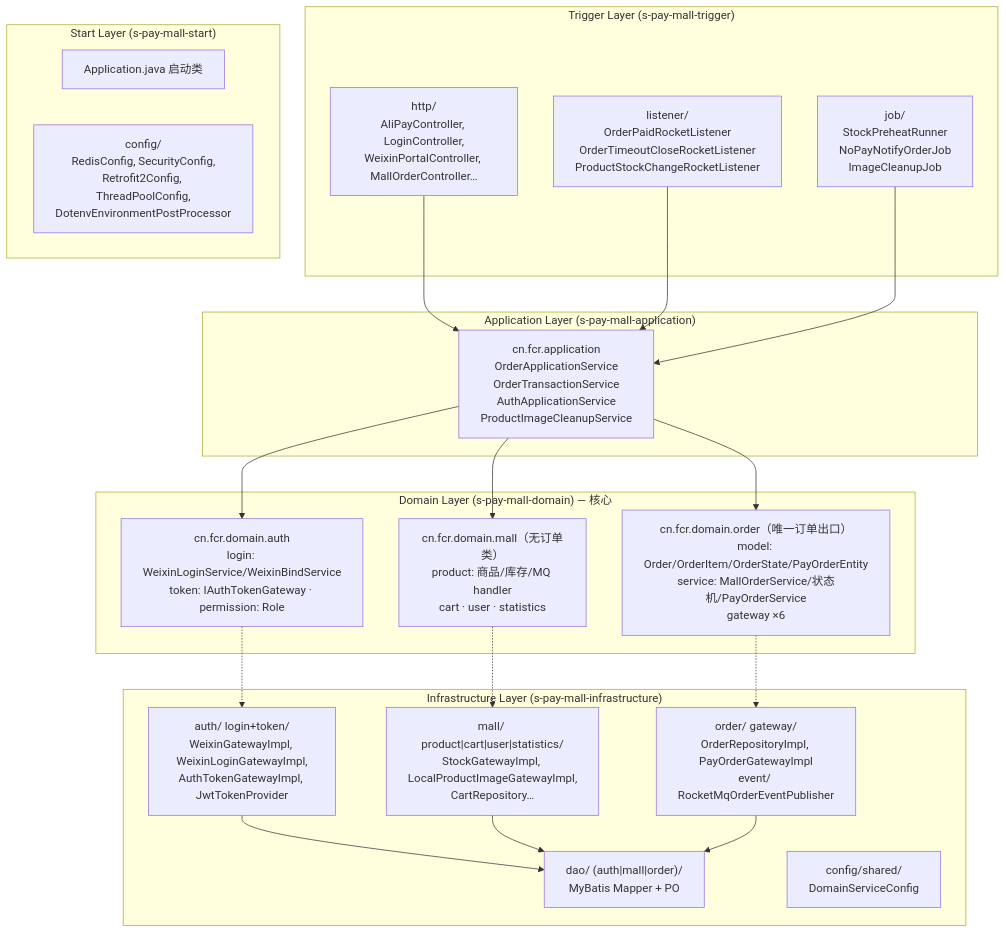
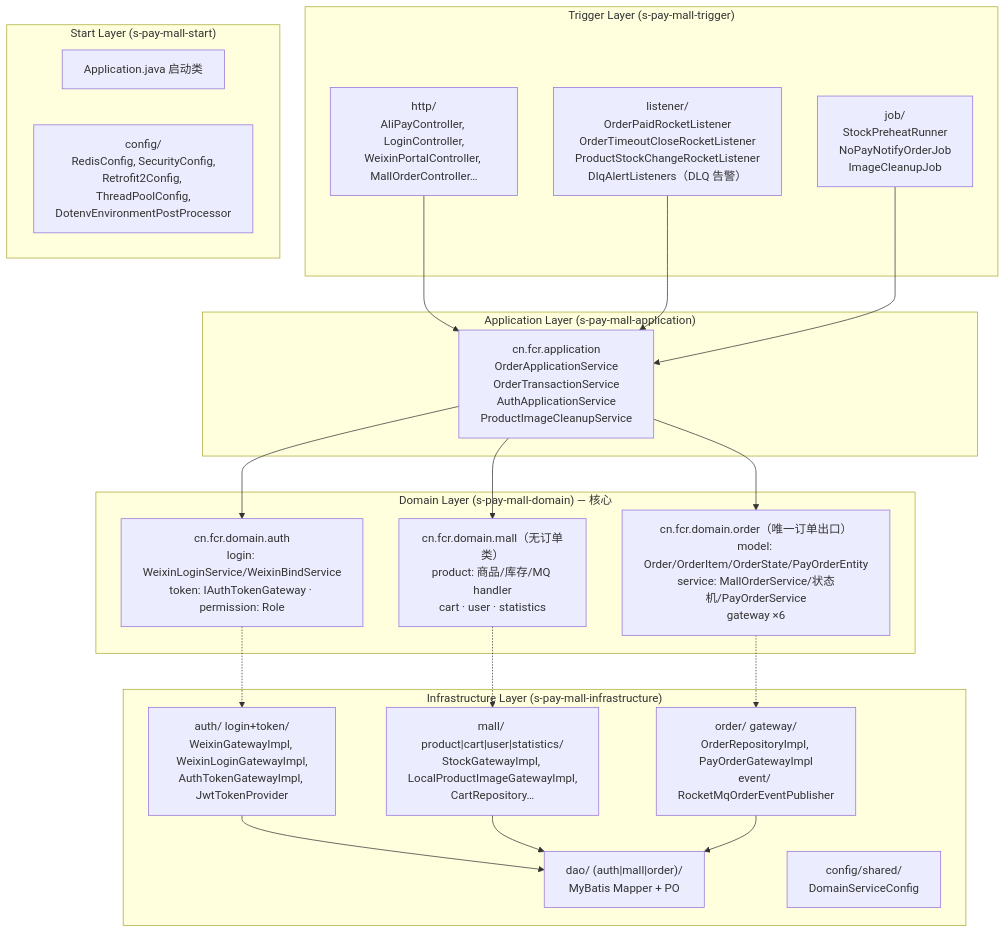
The first of 2 diagrams in docs/design/README.md (sxlva/s-pay-mall), drawn with Mermaid before and after one commit. The commit also changed other lines of this file and 70 other files, not shown here.

````diff
--- a/docs/design/README.md
+++ b/docs/design/README.md
@@ -12,44 +12,44 @@
 ```mermaid
 flowchart TB
     subgraph Trigger["Trigger Layer (s-pay-mall-trigger)"]
         T1["http/<br/>AliPayController, LoginController,<br/>WeixinPortalController, MallOrderController…"]
-        T2["listener/<br/>OrderPaidRocketListener<br/>OrderTimeoutCloseRocketListener<br/>ProductStockChangeRocketListener"]
+        T2["listener/<br/>OrderPaidRocketListener<br/>OrderTimeoutCloseRocketListener<br/>ProductStockChangeRocketListener<br/>DlqAlertListeners（DLQ 告警）"]
         T3["job/<br/>StockPreheatRunner<br/>NoPayNotifyOrderJob<br/>ImageCleanupJob"]
     end
 
     subgraph App["Application Layer (s-pay-mall-application)"]
         T4["cn.fcr.application<br/>OrderApplicationService<br/>OrderTransactionService<br/>AuthApplicationService<br/>ProductImageCleanupService"]
     end
 
     subgraph Start["Start Layer (s-pay-mall-start)"]
         A1["Application.java 启动类"]
         A2["config/<br/>RedisConfig, SecurityConfig,<br/>Retrofit2Config, ThreadPoolConfig,<br/>DotenvEnvironmentPostProcessor"]
     end
 
     subgraph Domain["Domain Layer (s-pay-mall-domain) — 核心"]
         D1["cn.fcr.domain.auth<br/>login: WeixinLoginService/WeixinBindService<br/>token: IAuthTokenGateway · permission: Role"]
         D2["cn.fcr.domain.mall（无订单类）<br/>product: 商品/库存/MQ handler<br/>cart · user · statistics"]
         D3["cn.fcr.domain.order（唯一订单出口）<br/>model: Order/OrderItem/OrderState/PayOrderEntity<br/>service: MallOrderService/状态机/PayOrderService<br/>gateway ×6"]
     end
 
     subgraph Infra["Infrastructure Layer (s-pay-mall-infrastructure)"]
         I1["auth/ login+token/<br/>WeixinGatewayImpl, WeixinLoginGatewayImpl,<br/>AuthTokenGatewayImpl, JwtTokenProvider"]
         I2["mall/ product|cart|user|statistics/<br/>StockGatewayImpl, LocalProductImageGatewayImpl,<br/>CartRepository…"]
         I3["order/ gateway/<br/>OrderRepositoryImpl, PayOrderGatewayImpl<br/>event/ RocketMqOrderEventPublisher"]
         I4["dao/ (auth|mall|order)/<br/>MyBatis Mapper + PO"]
         I5["config/shared/<br/>DomainServiceConfig"]
     end
 
     T1 --> T4
     T2 --> T4
     T3 --> T4
     T4 --> D1
     T4 --> D2
     T4 --> D3
     D1 -.-> I1
     D2 -.-> I2
     D3 -.-> I3
     I1 --> I4
     I2 --> I4
     I3 --> I4
 ```
````
